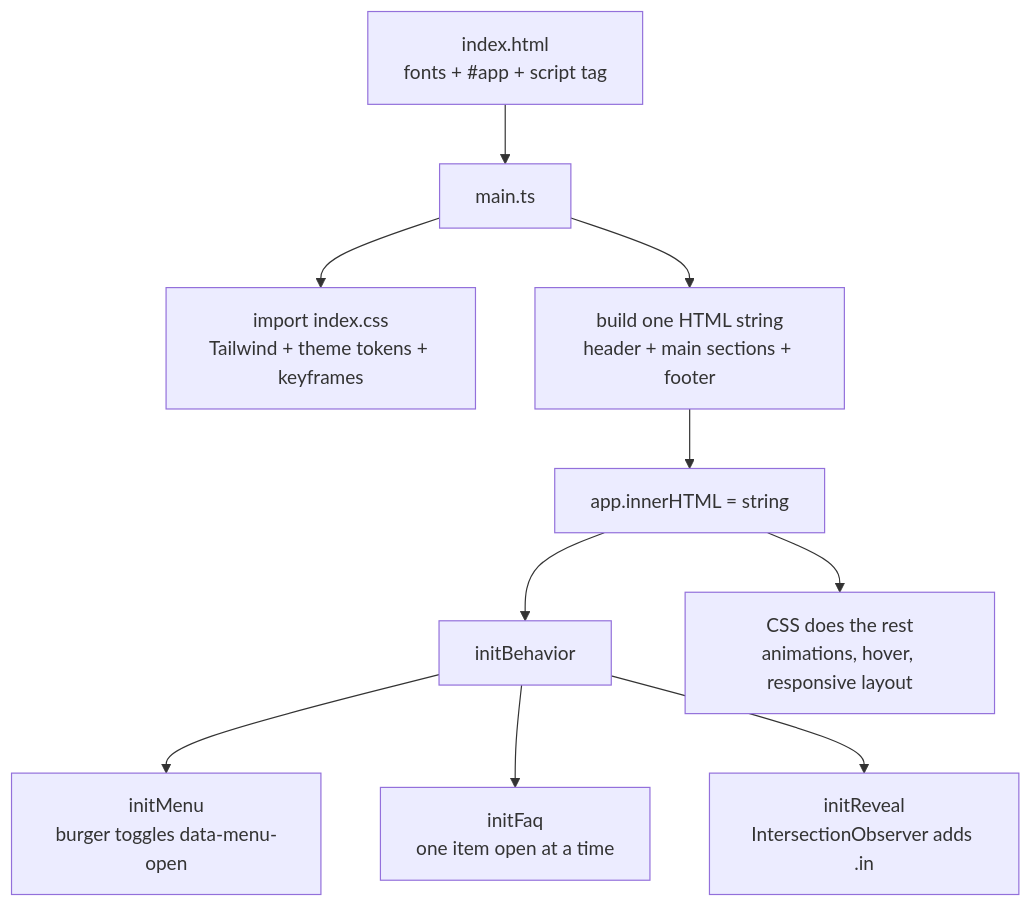
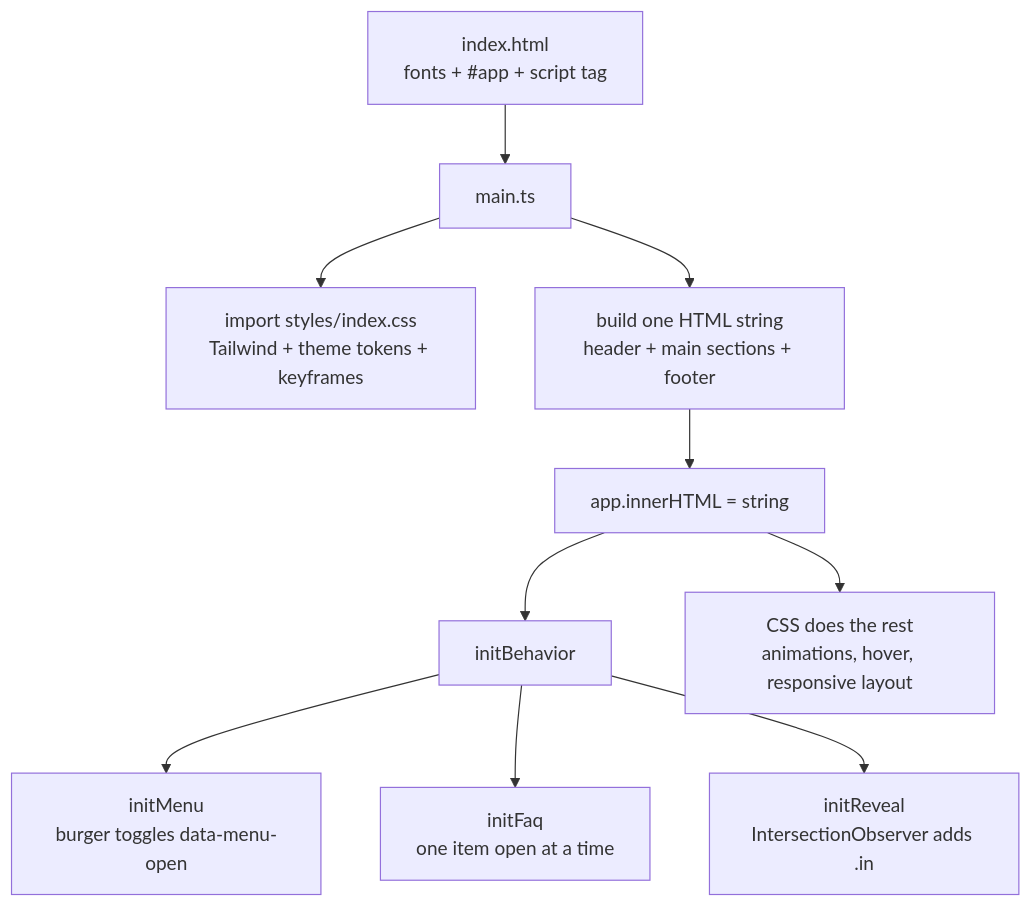
Before and after one commit to princesatapathy/Lumen-and-co: the first of 6 diagrams in docs/ARCHITECTURE.md, drawn with Mermaid. The commit also changed other lines of this file and 44 other files, not shown here.

````diff
--- a/docs/ARCHITECTURE.md
+++ b/docs/ARCHITECTURE.md
@@ -17,12 +17,12 @@
 ```mermaid
 flowchart TD
   A[index.html<br/>fonts + #app + script tag] --> B[main.ts]
-  B --> C[import index.css<br/>Tailwind + theme tokens + keyframes]
+  B --> C[import styles/index.css<br/>Tailwind + theme tokens + keyframes]
   B --> D[build one HTML string<br/>header + main sections + footer]
   D --> E[app.innerHTML = string]
   E --> F[initBehavior]
   F --> F1[initMenu<br/>burger toggles data-menu-open]
   F --> F2[initFaq<br/>one item open at a time]
   F --> F3[initReveal<br/>IntersectionObserver adds .in]
   E --> G[CSS does the rest<br/>animations, hover, responsive layout]
 ```
````
